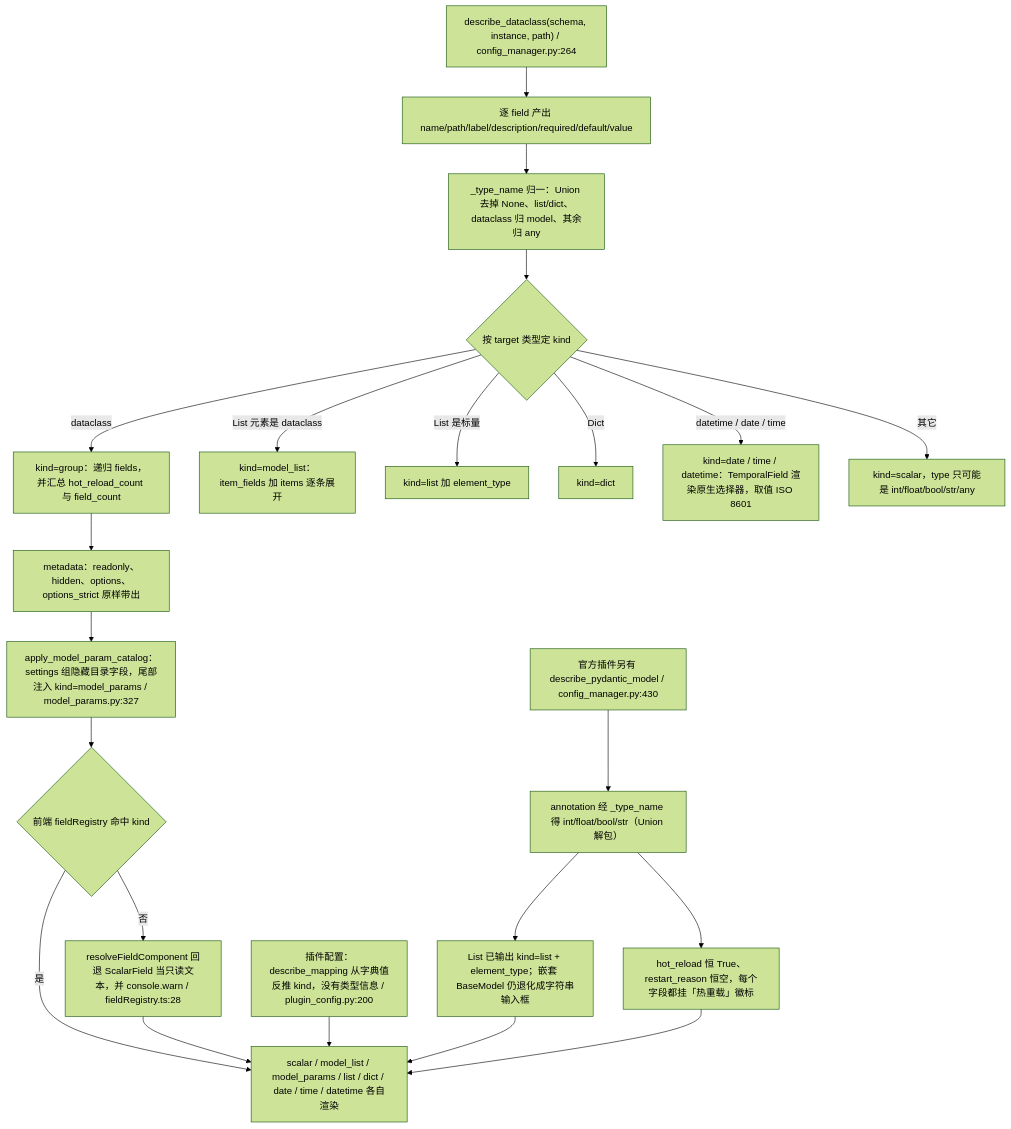
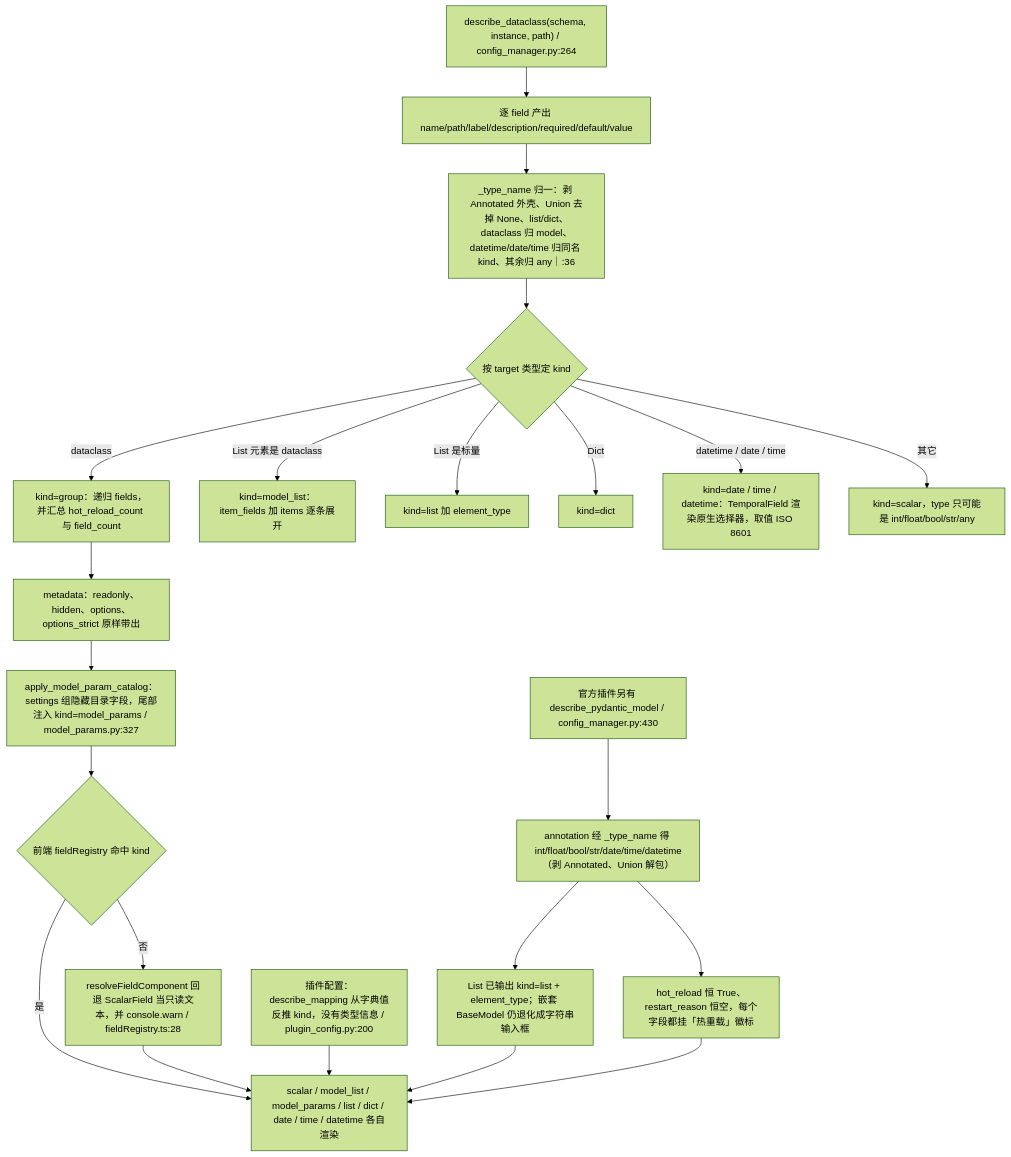
Before and after one commit to SuperQuail/NeoBot: the fourth of 13 diagrams in docs/flow/09c-dashboard-config.md, drawn with Mermaid (forest theme). The commit also changed other lines of this file and 1 other file, not shown here.

Commit message:
docs(flow): 补齐流程图里的行号与 Annotated 说明
复审指出上一版只覆盖了部分引用：

- `01b-config-system`：本 PR 给 `converter.py` 增加了 9 行，同图其余引用仍是旧行号，
  逐处修正（`dict_to_dataclass` 195→204、`_get_config_value` 287→296、
  `_resolve_nested_type_from_default` 265→274、`dataclass_to_toml` 347→356、
  `_apply_probability_clamp` 22→23、bool←int 180→181、默认值回落 237→246、
  类型不匹配告警 213→222、概率字段表 16→17、文件头注释 360→369）。
- `09c-dashboard-config`：`_type_name` 与 `_is_optional` 两处节点原先没改到，
  补上「剥 Annotated、datetime/date/time 归同名 kind」与 `_is_optional` 同样剥壳。

验证：`python scripts/flow/check_flow_diagrams.py --strict-drift` → 阻断 0 项；
`01b` 仍是 495 行全 CRLF（按字节替换，没有整篇重写）。

````diff
--- a/docs/flow/09c-dashboard-config.md
+++ b/docs/flow/09c-dashboard-config.md
@@ -217,24 +217,24 @@
 ```mermaid
 flowchart TD
     A["describe_dataclass(schema, instance, path) / config_manager.py:264"] --> B["逐 field 产出 name/path/label/description/required/default/value"]
-    B --> C["_type_name 归一：Union 去掉 None、list/dict、dataclass 归 model、其余归 any"]
+    B --> C["_type_name 归一：剥 Annotated 外壳、Union 去掉 None、list/dict、dataclass 归 model、datetime/date/time 归同名 kind、其余归 any｜:36"]
     C --> D{"按 target 类型定 kind"}
     D -- dataclass --> D1["kind=group：递归 fields，并汇总 hot_reload_count 与 field_count"]
     D -- List 元素是 dataclass --> D2["kind=model_list：item_fields 加 items 逐条展开"]
     D -- List 是标量 --> D3["kind=list 加 element_type"]
     D -- Dict --> D4["kind=dict"]
     D -- datetime / date / time --> D6["kind=date / time / datetime：TemporalField 渲染原生选择器，取值 ISO 8601"]
     D -- 其它 --> D5["kind=scalar，type 只可能是 int/float/bool/str/any"]
     D1 --> E["metadata：readonly、hidden、options、options_strict 原样带出"]
     E --> F["apply_model_param_catalog：settings 组隐藏目录字段，尾部注入 kind=model_params / model_params.py:327"]
     F --> G{"前端 fieldRegistry 命中 kind"}
     G -- 否 --> G1["resolveFieldComponent 回退 ScalarField 当只读文本，并 console.warn / fieldRegistry.ts:28"]
     G -- 是 --> H["scalar / model_list / model_params / list / dict / date / time / datetime 各自渲染"]
     G1 --> H
     I["插件配置：describe_mapping 从字典值反推 kind，没有类型信息 / plugin_config.py:200"] --> H
-    J["官方插件另有 describe_pydantic_model / config_manager.py:430"] --> K["annotation 经 _type_name 得 int/float/bool/str（Union 解包）"]
+    J["官方插件另有 describe_pydantic_model / config_manager.py:430"] --> K["annotation 经 _type_name 得 int/float/bool/str/date/time/datetime（剥 Annotated、Union 解包）"]
     K --> L["List 已输出 kind=list + element_type；嵌套 BaseModel 仍退化成字符串输入框"]
     K --> M["hot_reload 恒 True、restart_reason 恒空，每个字段都挂「热重载」徽标"]
     L --> H
     M --> H
 ```
````
